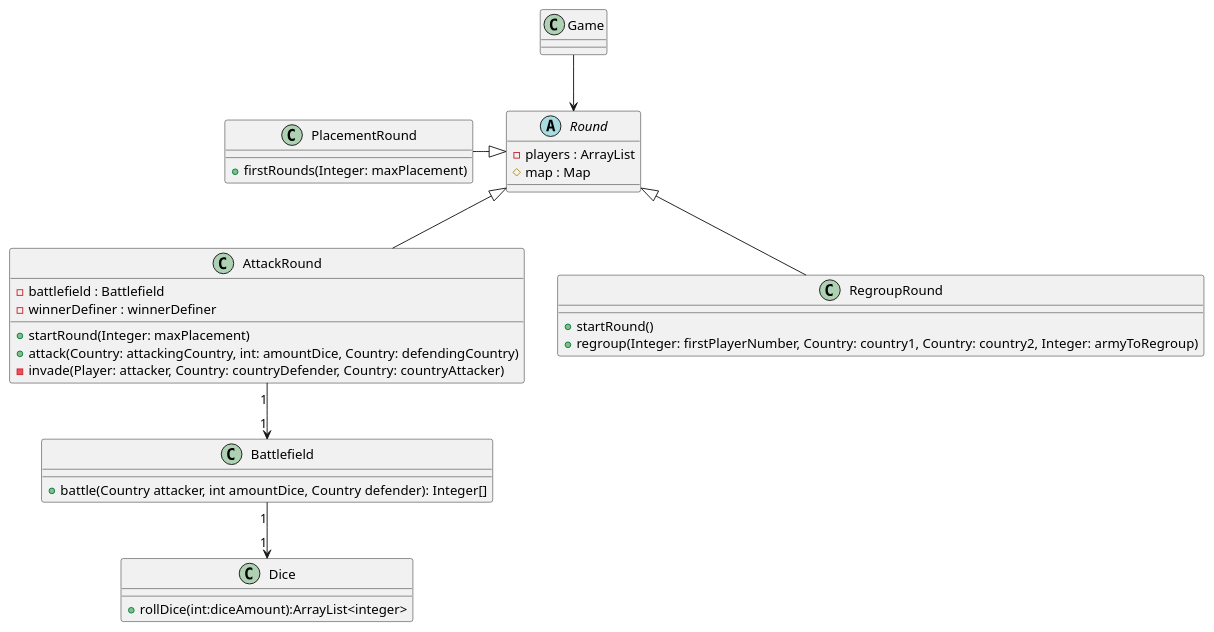
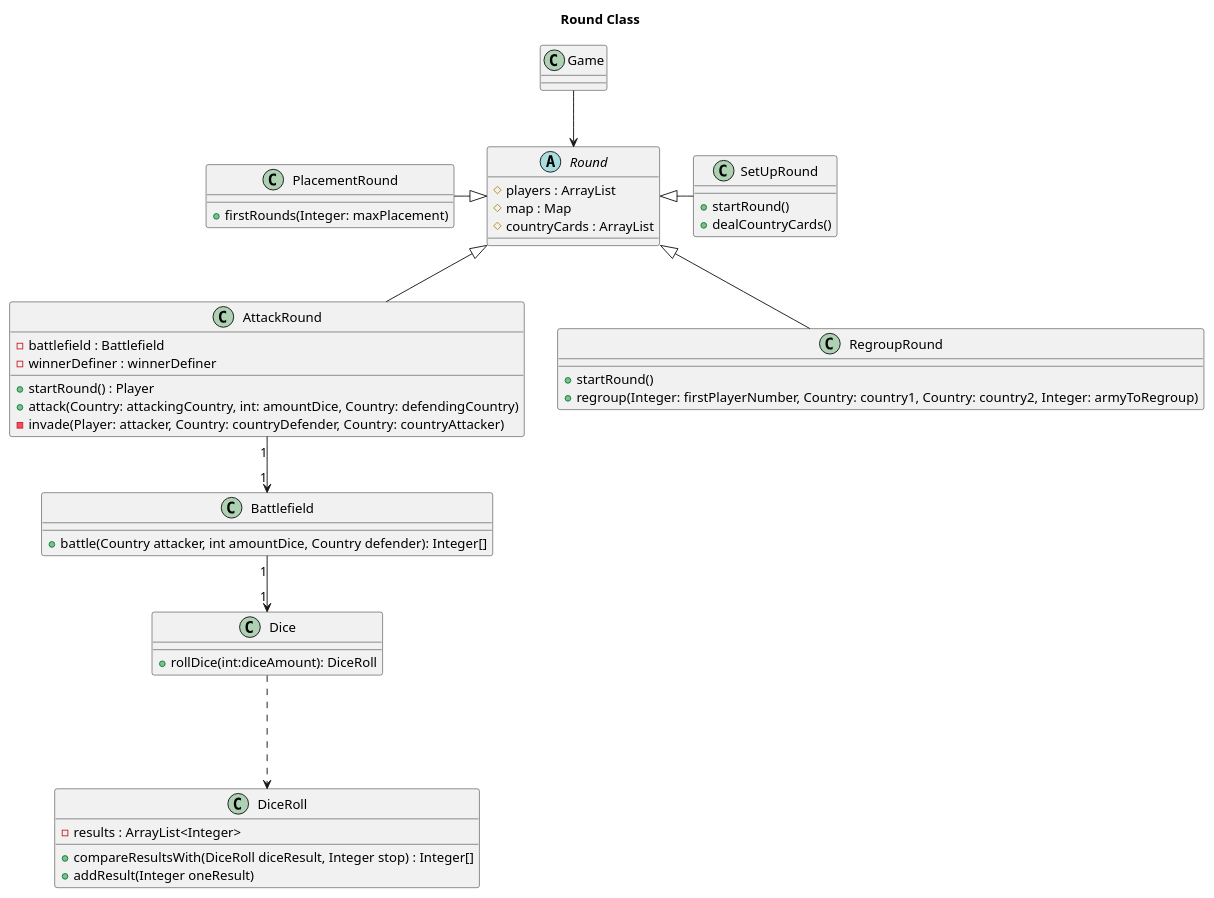
The diagram in src/main/java/edu/fiuba/algo3/documentation/Round.puml (NahuelNGomez/TEG), drawn with PlantUML before and after one commit. The commit also changed 3 other files, not shown here.

Commit message:
Diagrams show game delegation

```diff
--- a/src/main/java/edu/fiuba/algo3/documentation/Round.puml
+++ b/src/main/java/edu/fiuba/algo3/documentation/Round.puml
@@ -1,43 +1,57 @@
 @startuml
-'https://plantuml.com/class-diagram
+title "Round Class"
 
 class Game {
 }
 
 abstract Round{
-- players : ArrayList
+# players : ArrayList
 # map : Map
+# countryCards : ArrayList
+}
+
+class SetUpRound{
++ startRound()
++ dealCountryCards()
 }
 
 class AttackRound{
 - battlefield : Battlefield
 - winnerDefiner : winnerDefiner
-+ startRound(Integer: maxPlacement)
++ startRound() : Player
 + attack(Country: attackingCountry, int: amountDice, Country: defendingCountry)
 - invade(Player: attacker, Country: countryDefender, Country: countryAttacker)
 }
 
 class PlacementRound {
 + firstRounds(Integer: maxPlacement)
 }
 
 class RegroupRound{
 + startRound()
 + regroup(Integer: firstPlayerNumber, Country: country1, Country: country2, Integer: armyToRegroup)
 }
 
 class Battlefield{
 + battle(Country attacker, int amountDice, Country defender): Integer[]
 }
 
 class Dice{
-+rollDice(int:diceAmount):ArrayList<integer>
++rollDice(int:diceAmount): DiceRoll
+}
+
+class DiceRoll{
+- results : ArrayList<Integer>
++ compareResultsWith(DiceRoll diceResult, Integer stop) : Integer[]
++ addResult(Integer oneResult)
 }
 
 Game --> Round
 Round <|-- AttackRound
 AttackRound "1" -->"1" Battlefield
 Battlefield "1"--> "1" Dice
+Dice ...> DiceRoll
 Round <|--left PlacementRound
 Round <|-- RegroupRound
+Round <|--right SetUpRound
 @enduml
```
